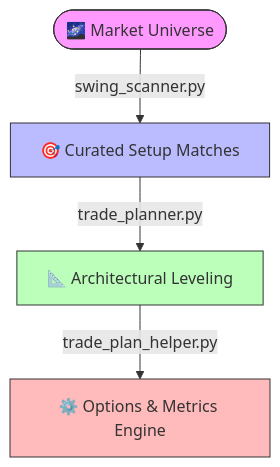
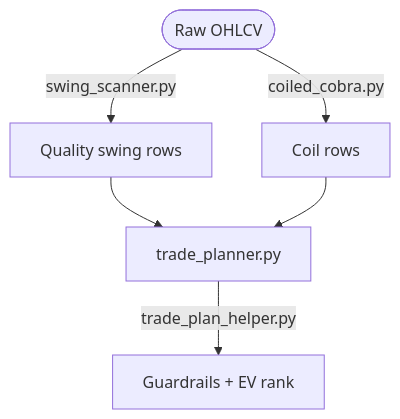
One commit to jigar3730/finance-vibe changed the diagram in docs/handbook/trade_plan_calculations.md. Above: the diagram before and after it, drawn with Mermaid. The commit also changed other lines of this file and 24 other files, not shown here.

````diff
--- a/docs/handbook/trade_plan_calculations.md
+++ b/docs/handbook/trade_plan_calculations.md
@@ -13,13 +21,9 @@
 ```mermaid
 graph TD
-    A([🌌 Market Universe]) 
-    A -->|swing_scanner.py| B[🎯 Curated Setup Matches]
-    B -->|trade_planner.py| C[📐 Architectural Leveling]
-    C -->|trade_plan_helper.py| D[⚙️ Options & Metrics Engine]
-
-    style A fill:#f9f,stroke:#333,stroke-width:1px
-    style B fill:#bbf,stroke:#333,stroke-width:1px
-    style C fill:#bfb,stroke:#333,stroke-width:1px
-    style D fill:#fbb,stroke:#333,stroke-width:1px
-
+    A([Raw OHLCV])
+    A -->|swing_scanner.py| B[Quality swing rows]
+    A -->|coiled_cobra.py| C[Coil rows]
+    B --> D[trade_planner.py]
+    C --> D
+    D -->|trade_plan_helper.py| E[Guardrails + EV rank]
 ```
````
